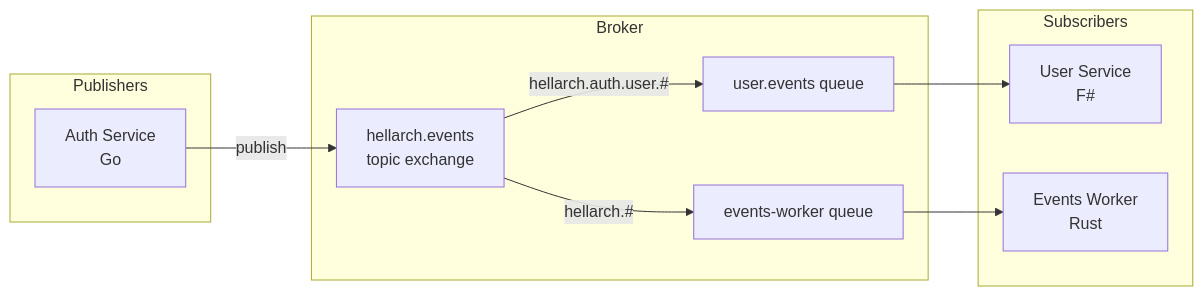
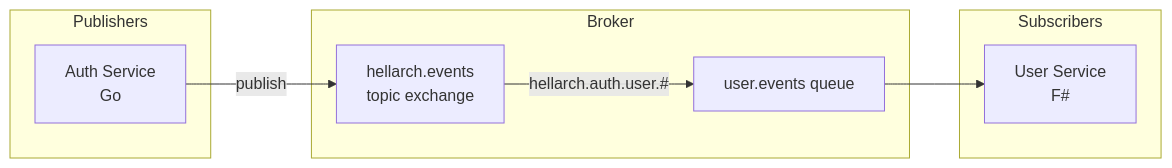
One commit to Nechja/hellArch changed the first of 9 diagrams in docs/architecture/events.md. Above: the diagram before and after it, drawn with Mermaid. The commit also changed other lines of this file and 254 other files, not shown here.

````diff
--- a/docs/architecture/events.md
+++ b/docs/architecture/events.md
@@ -7,23 +7,19 @@
 ```mermaid
 graph LR
     subgraph Publishers
         AUTH[Auth Service<br/>Go]
     end
 
     subgraph Broker
         EX[hellarch.events<br/>topic exchange]
         Q1[user.events queue]
-        Q2[events-worker queue]
     end
 
     subgraph Subscribers
         USER[User Service<br/>F#]
-        WORKER[Events Worker<br/>Rust]
     end
 
     AUTH -->|publish| EX
     EX -->|hellarch.auth.user.#| Q1
-    EX -->|hellarch.#| Q2
     Q1 --> USER
-    Q2 --> WORKER
 ```
````
